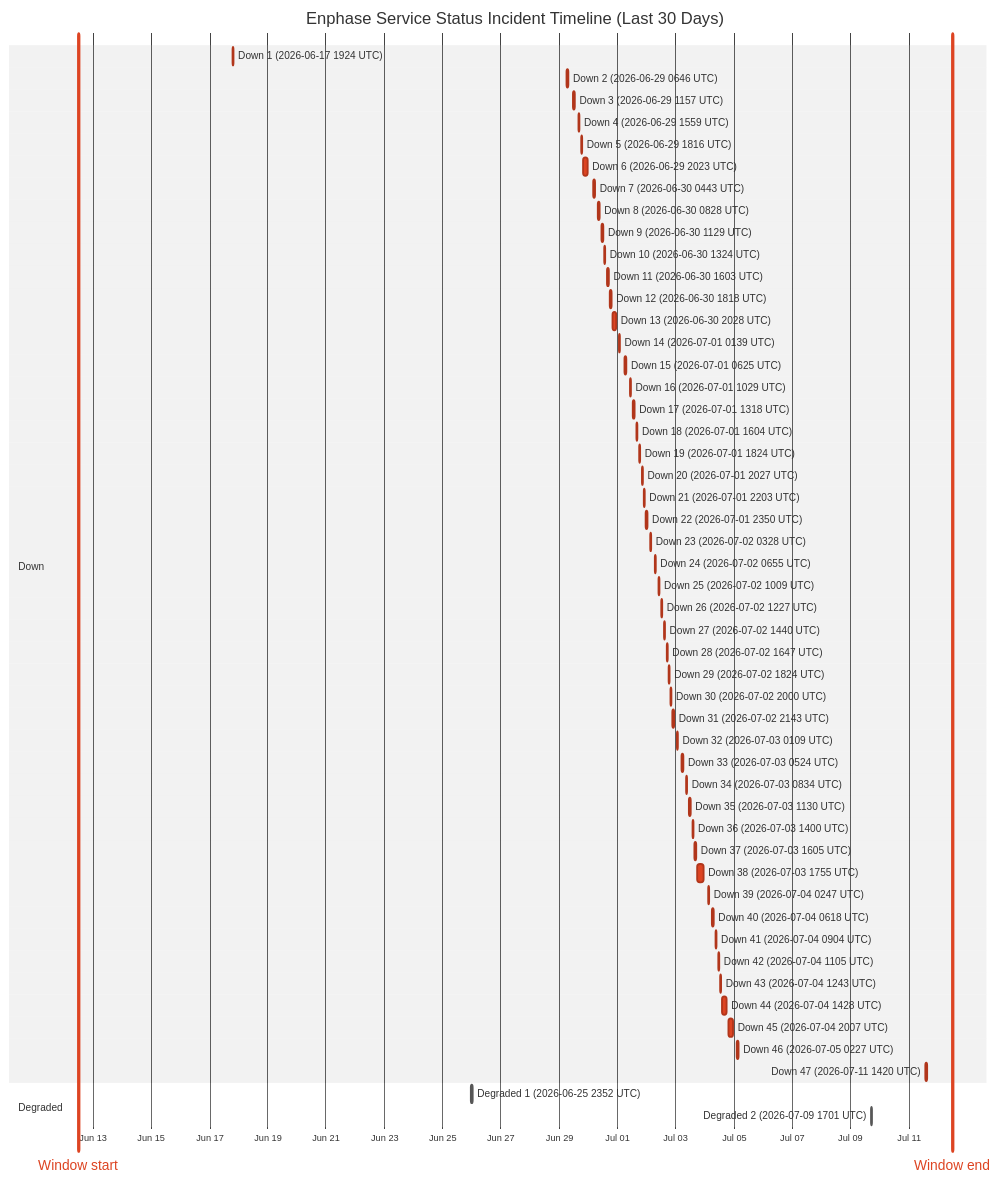
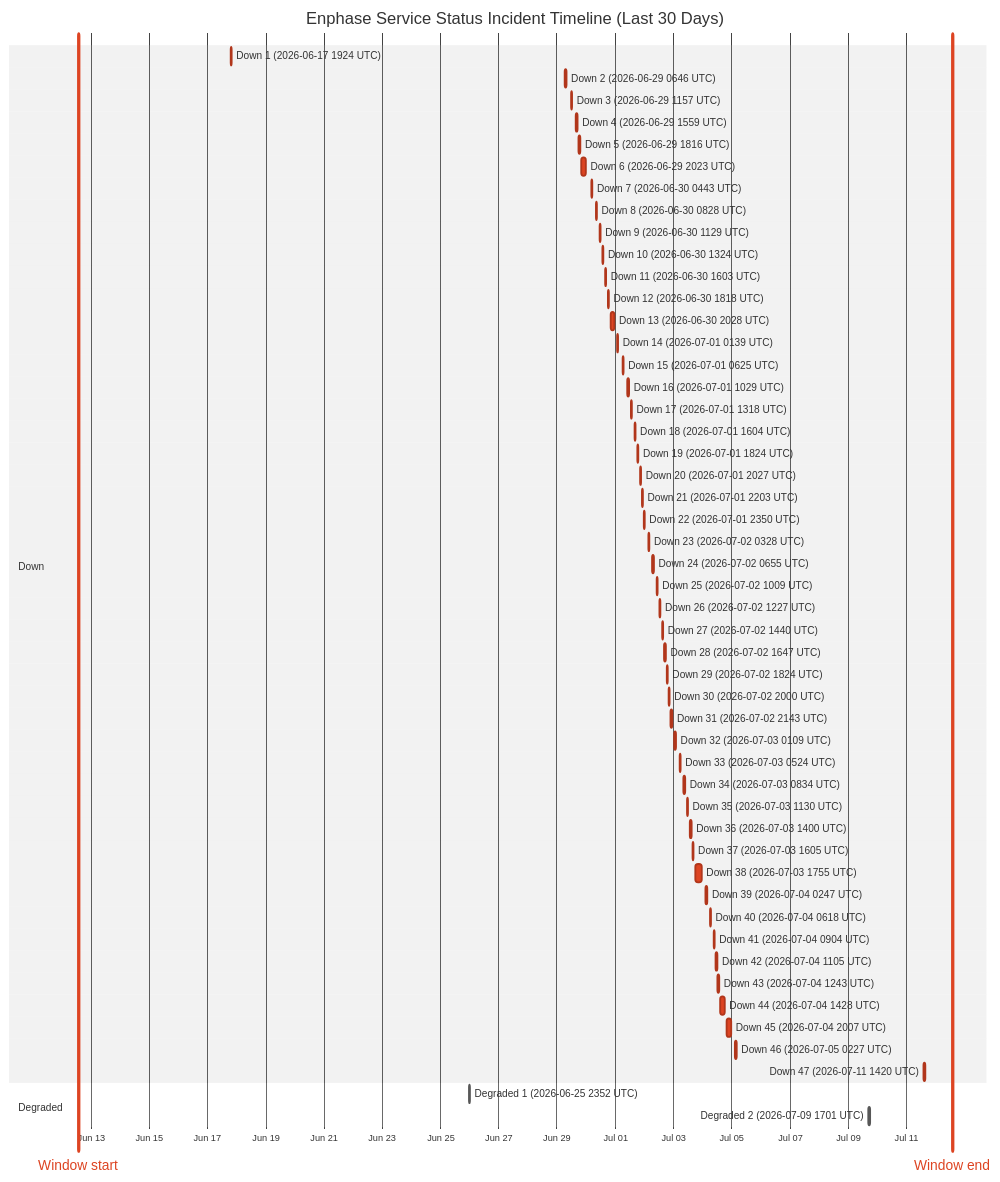
One commit to barneyonline/ha-enphase-energy changed the diagram in wiki/Service-Status-History.md. Above: the diagram before and after it, drawn with Mermaid (neutral theme). The commit also changed other lines of this file and 3 other files, not shown here.

````diff
--- a/wiki/Service-Status-History.md
+++ b/wiki/Service-Status-History.md
@@ -14,59 +14,59 @@
 ```mermaid
 gantt
     title Enphase Service Status Incident Timeline (Last 30 Days)
     dateFormat  YYYY-MM-DDTHH:mm:ss
     axisFormat  %b %d
-    Window start :vert, window-start, 2026-06-12T11:58:05, 0ms
-    Window end :vert, window-end, 2026-07-12T11:58:05, 0ms
+    Window start :vert, window-start, 2026-06-12T13:41:23, 0ms
+    Window end :vert, window-end, 2026-07-12T13:41:23, 0ms
     section Down
     Down 1 (2026-06-17 1924 UTC) :crit, down-1, 2026-06-17T19:24:51, 60m
     Down 2 (2026-06-29 0646 UTC) :crit, down-2, 2026-06-29T06:46:18, 60m
     Down 3 (2026-06-29 1157 UTC) :crit, down-3, 2026-06-29T11:57:36, 60m
     Down 4 (2026-06-29 1559 UTC) :crit, down-4, 2026-06-29T15:59:02, 60m
     Down 5 (2026-06-29 1816 UTC) :crit, down-5, 2026-06-29T18:16:38, 60m
     Down 6 (2026-06-29 2023 UTC) :crit, down-6, 2026-06-29T20:23:16, 220m
     Down 7 (2026-06-30 0443 UTC) :crit, down-7, 2026-06-30T04:43:54, 60m
     Down 8 (2026-06-30 0828 UTC) :crit, down-8, 2026-06-30T08:28:43, 60m
     Down 9 (2026-06-30 1129 UTC) :crit, down-9, 2026-06-30T11:29:15, 60m
     Down 10 (2026-06-30 1324 UTC) :crit, down-10, 2026-06-30T13:24:25, 60m
     Down 11 (2026-06-30 1603 UTC) :crit, down-11, 2026-06-30T16:03:26, 60m
     Down 12 (2026-06-30 1818 UTC) :crit, down-12, 2026-06-30T18:18:39, 60m
     Down 13 (2026-06-30 2028 UTC) :crit, down-13, 2026-06-30T20:28:54, 171m
     Down 14 (2026-07-01 0139 UTC) :crit, down-14, 2026-07-01T01:39:18, 60m
     Down 15 (2026-07-01 0625 UTC) :crit, down-15, 2026-07-01T06:25:35, 60m
     Down 16 (2026-07-01 1029 UTC) :crit, down-16, 2026-07-01T10:29:24, 60m
     Down 17 (2026-07-01 1318 UTC) :crit, down-17, 2026-07-01T13:18:31, 60m
     Down 18 (2026-07-01 1604 UTC) :crit, down-18, 2026-07-01T16:04:29, 60m
     Down 19 (2026-07-01 1824 UTC) :crit, down-19, 2026-07-01T18:24:21, 60m
     Down 20 (2026-07-01 2027 UTC) :crit, down-20, 2026-07-01T20:27:17, 60m
     Down 21 (2026-07-01 2203 UTC) :crit, down-21, 2026-07-01T22:03:46, 60m
     Down 22 (2026-07-01 2350 UTC) :crit, down-22, 2026-07-01T23:50:52, 60m
     Down 23 (2026-07-02 0328 UTC) :crit, down-23, 2026-07-02T03:28:33, 60m
     Down 24 (2026-07-02 0655 UTC) :crit, down-24, 2026-07-02T06:55:07, 60m
     Down 25 (2026-07-02 1009 UTC) :crit, down-25, 2026-07-02T10:09:15, 60m
     Down 26 (2026-07-02 1227 UTC) :crit, down-26, 2026-07-02T12:27:49, 60m
     Down 27 (2026-07-02 1440 UTC) :crit, down-27, 2026-07-02T14:40:53, 60m
     Down 28 (2026-07-02 1647 UTC) :crit, down-28, 2026-07-02T16:47:47, 60m
     Down 29 (2026-07-02 1824 UTC) :crit, down-29, 2026-07-02T18:24:26, 60m
     Down 30 (2026-07-02 2000 UTC) :crit, down-30, 2026-07-02T20:00:57, 60m
     Down 31 (2026-07-02 2143 UTC) :crit, down-31, 2026-07-02T21:43:52, 80m
     Down 32 (2026-07-03 0109 UTC) :crit, down-32, 2026-07-03T01:09:19, 60m
     Down 33 (2026-07-03 0524 UTC) :crit, down-33, 2026-07-03T05:24:23, 60m
     Down 34 (2026-07-03 0834 UTC) :crit, down-34, 2026-07-03T08:34:05, 60m
     Down 35 (2026-07-03 1130 UTC) :crit, down-35, 2026-07-03T11:30:41, 60m
     Down 36 (2026-07-03 1400 UTC) :crit, down-36, 2026-07-03T14:00:48, 60m
     Down 37 (2026-07-03 1605 UTC) :crit, down-37, 2026-07-03T16:05:49, 60m
     Down 38 (2026-07-03 1755 UTC) :crit, down-38, 2026-07-03T17:55:54, 338m
     Down 39 (2026-07-04 0247 UTC) :crit, down-39, 2026-07-04T02:47:22, 60m
     Down 40 (2026-07-04 0618 UTC) :crit, down-40, 2026-07-04T06:18:09, 60m
     Down 41 (2026-07-04 0904 UTC) :crit, down-41, 2026-07-04T09:04:41, 60m
     Down 42 (2026-07-04 1105 UTC) :crit, down-42, 2026-07-04T11:05:21, 60m
     Down 43 (2026-07-04 1243 UTC) :crit, down-43, 2026-07-04T12:43:25, 60m
     Down 44 (2026-07-04 1428 UTC) :crit, down-44, 2026-07-04T14:28:07, 243m
     Down 45 (2026-07-04 2007 UTC) :crit, down-45, 2026-07-04T20:07:50, 206m
     Down 46 (2026-07-05 0227 UTC) :crit, down-46, 2026-07-05T02:27:32, 109m
     Down 47 (2026-07-11 1420 UTC) :crit, down-47, 2026-07-11T14:20:54, 69m
     section Degraded
     Degraded 1 (2026-06-25 2352 UTC) :active, degraded-1, 2026-06-25T23:52:01, 60m
     Degraded 2 (2026-07-09 1701 UTC) :active, degraded-2, 2026-07-09T17:01:02, 60m
 ```
````
